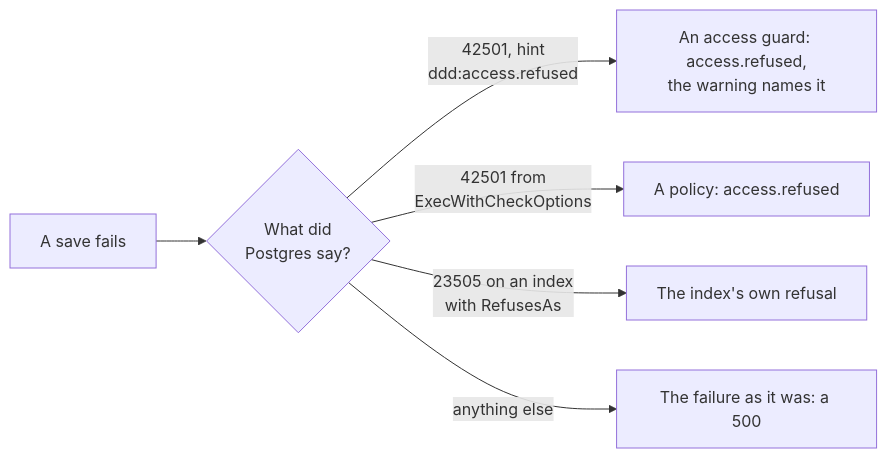
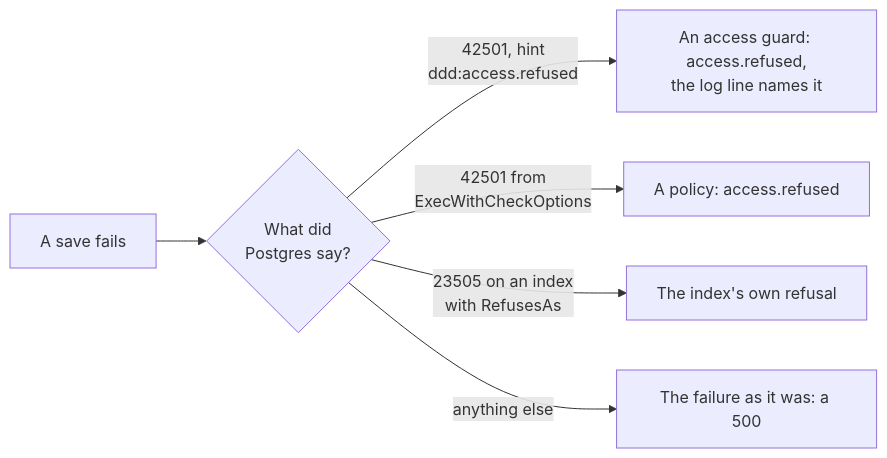
Before and after one commit to DylanSnel/DDDToolkit: the tenth of 11 diagrams in docs/row-level-security.md, drawn with Mermaid. The commit also changed other lines of this file and 2 other files, not shown here.

First line of the commit message:
Integration: a guard's refusal after a change of rights is logged as one, as a policy's is

````diff
--- a/docs/row-level-security.md
+++ b/docs/row-level-security.md
@@ -1641,8 +1641,8 @@
 ```mermaid
 flowchart LR
     Failed["A save fails"] --> Code{"What did<br/>Postgres say?"}
-    Code -->|"42501, hint<br/>ddd:access.refused"| Guard["An access guard: access.refused,<br/>the warning names it"]
+    Code -->|"42501, hint<br/>ddd:access.refused"| Guard["An access guard: access.refused,<br/>the log line names it"]
     Code -->|"42501 from<br/>ExecWithCheckOptions"| Policy["A policy: access.refused"]
     Code -->|"23505 on an index<br/>with RefusesAs"| Index["The index's own refusal"]
     Code -->|"anything else"| Other["The failure as it was: a 500"]
 ```
````
